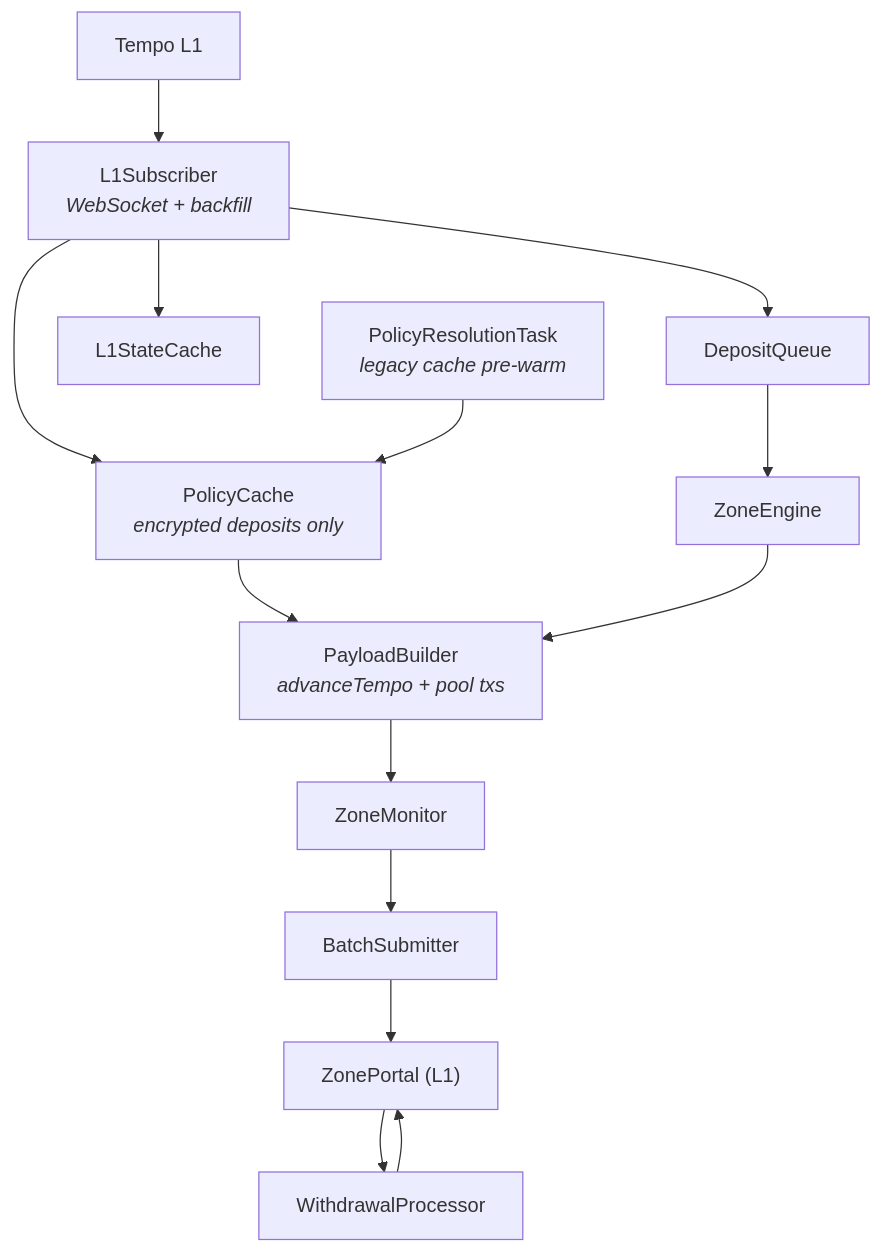
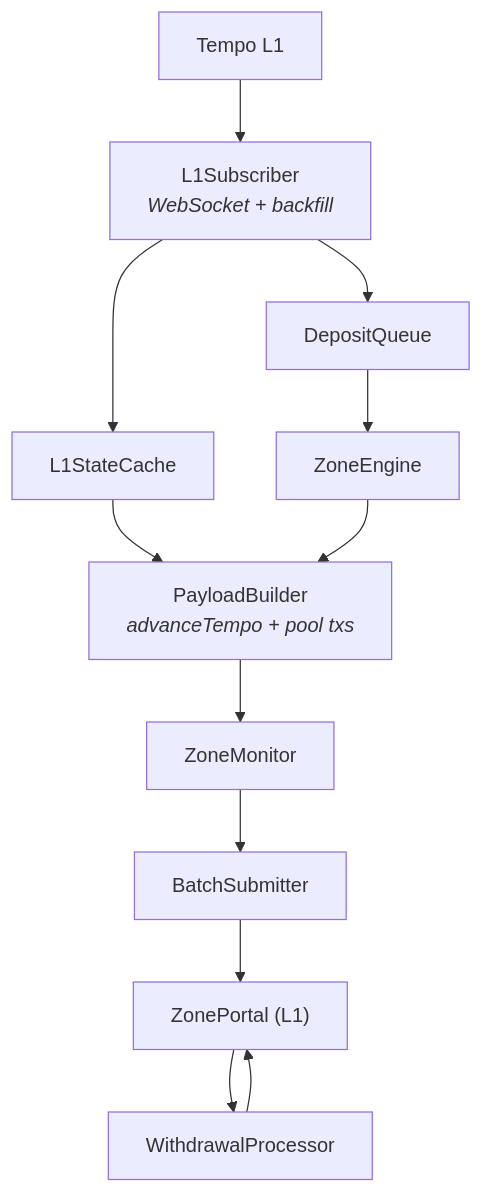
The diagram in crates/node/README.md (Dustin4444/zones), drawn with Mermaid before and after one commit. The commit also changed other lines of this file and 28 other files, not shown here.

````diff
--- a/crates/node/README.md
+++ b/crates/node/README.md
@@ -15,32 +15,28 @@
 ```mermaid
 graph TD
     L1["Tempo L1"]
 
     L1Sub["L1Subscriber<br/><i>WebSocket + backfill</i>"]
     DQ["DepositQueue"]
     Cache["L1StateCache"]
-    PolicyCache["PolicyCache<br/><i>encrypted deposits only</i>"]
 
     Engine["ZoneEngine"]
     Builder["PayloadBuilder<br/><i>advanceTempo + pool txs</i>"]
-    PolicyPrefetch["PolicyResolutionTask<br/><i>legacy cache pre-warm</i>"]
 
     Monitor["ZoneMonitor"]
     Batch["BatchSubmitter"]
     WProc["WithdrawalProcessor"]
     Portal["ZonePortal (L1)"]
 
     L1 --> L1Sub
     L1Sub --> DQ
-    L1Sub --> PolicyCache
     L1Sub --> Cache
-    PolicyCache --> Builder
-    PolicyPrefetch --> PolicyCache
+    Cache --> Builder
     DQ --> Engine
     Engine --> Builder
     Builder --> Monitor
     Monitor --> Batch
     Batch --> Portal
     Portal --> WProc
     WProc --> Portal
 ```
````
